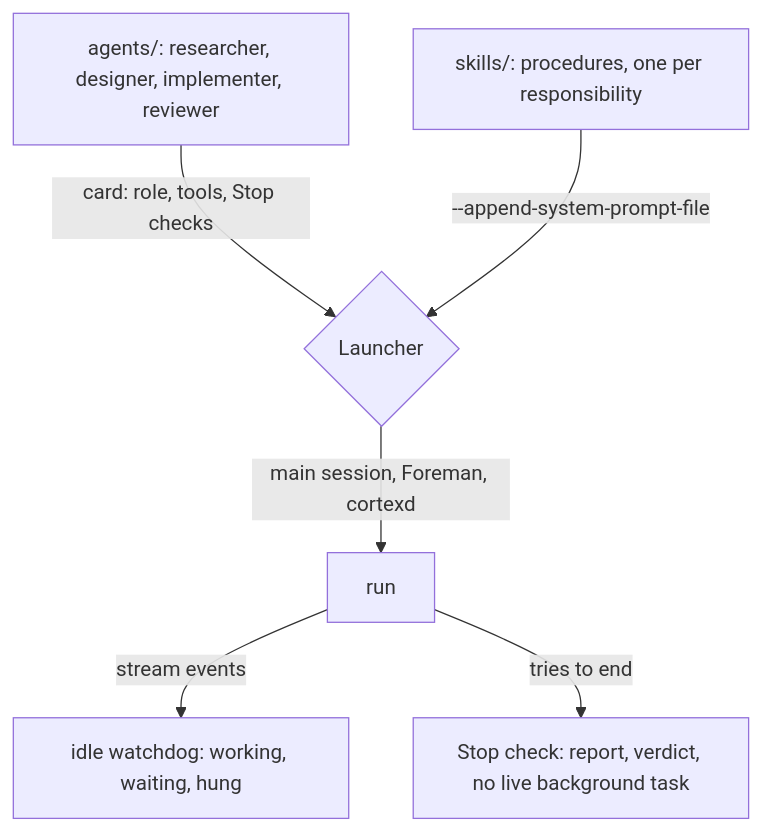
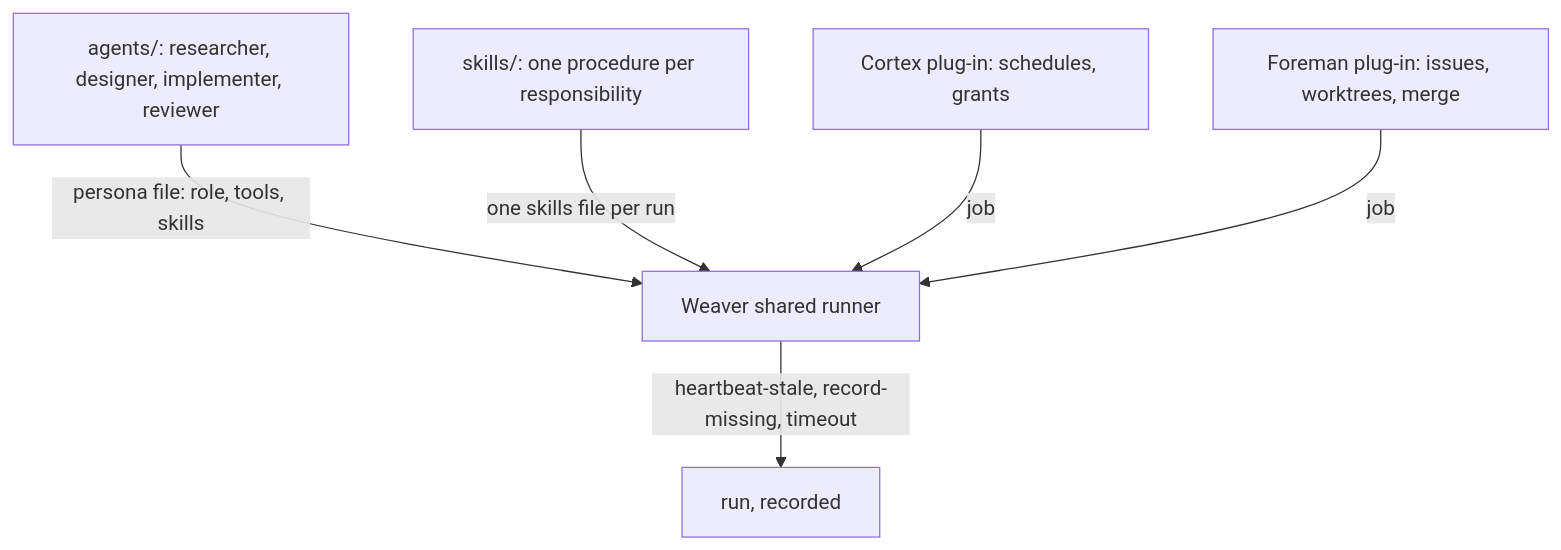
The second of 3 diagrams in docs/work/agent-consolidation/README.md (sibulus13/claudence), drawn with Mermaid before and after one commit. The commit also changed other lines of this file and 2 other files, not shown here.

First line of the commit message:
docs: agent-consolidation scoped to the agent layer, Weaver keeps the runner; skills search plans before proposing

````diff
--- a/docs/work/agent-consolidation/README.md
+++ b/docs/work/agent-consolidation/README.md
@@ -27,8 +27,8 @@
 ```mermaid
 flowchart TD
-  P[agents/: researcher, designer, implementer, reviewer] -->|card: role, tools, Stop checks| L{Launcher}
-  S[skills/: procedures, one per responsibility] -->|--append-system-prompt-file| L
-  L -->|main session, Foreman, cortexd| R[run]
-  R -->|stream events| D[idle watchdog: working, waiting, hung]
-  R -->|tries to end| K[Stop check: report, verdict, no live background task]
+  P[agents/: researcher, designer, implementer, reviewer] -->|persona file: role, tools, skills| WV[Weaver shared runner]
+  S[skills/: one procedure per responsibility] -->|one skills file per run| WV
+  CP[Cortex plug-in: schedules, grants] -->|job| WV
+  FP[Foreman plug-in: issues, worktrees, merge] -->|job| WV
+  WV -->|heartbeat-stale, record-missing, timeout| R[run, recorded]
 ```
````
